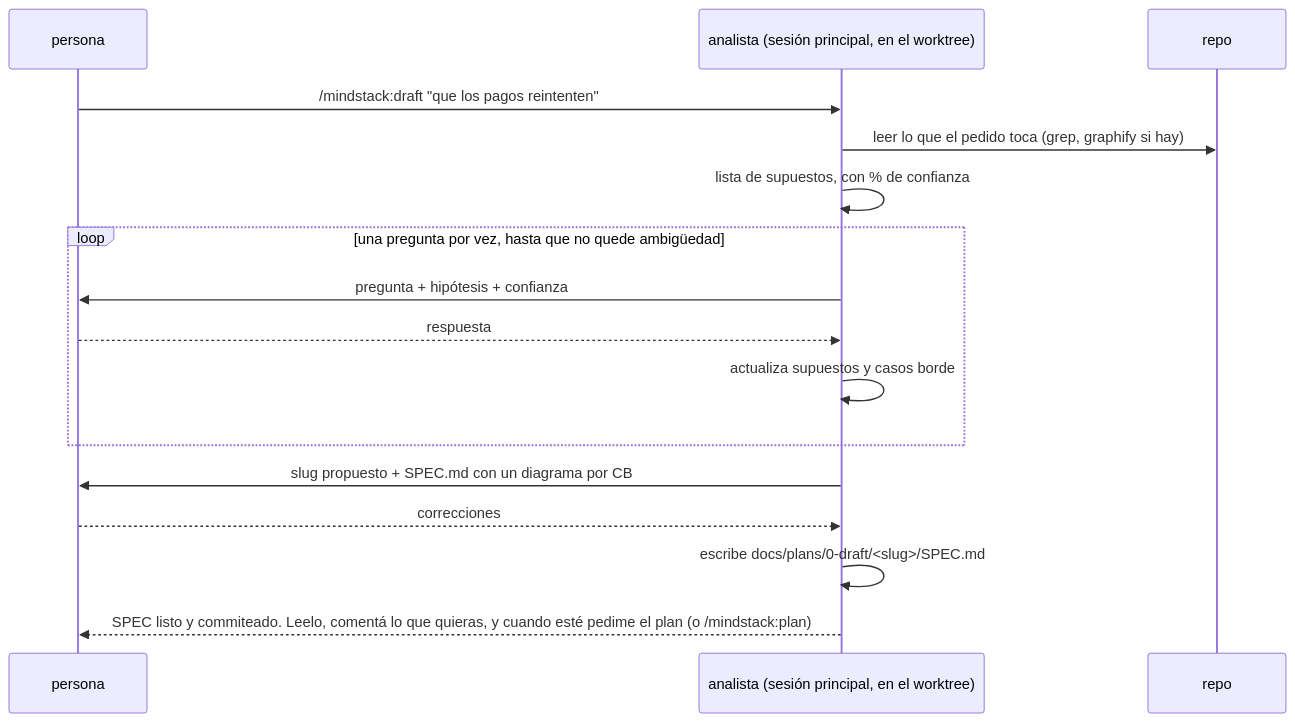
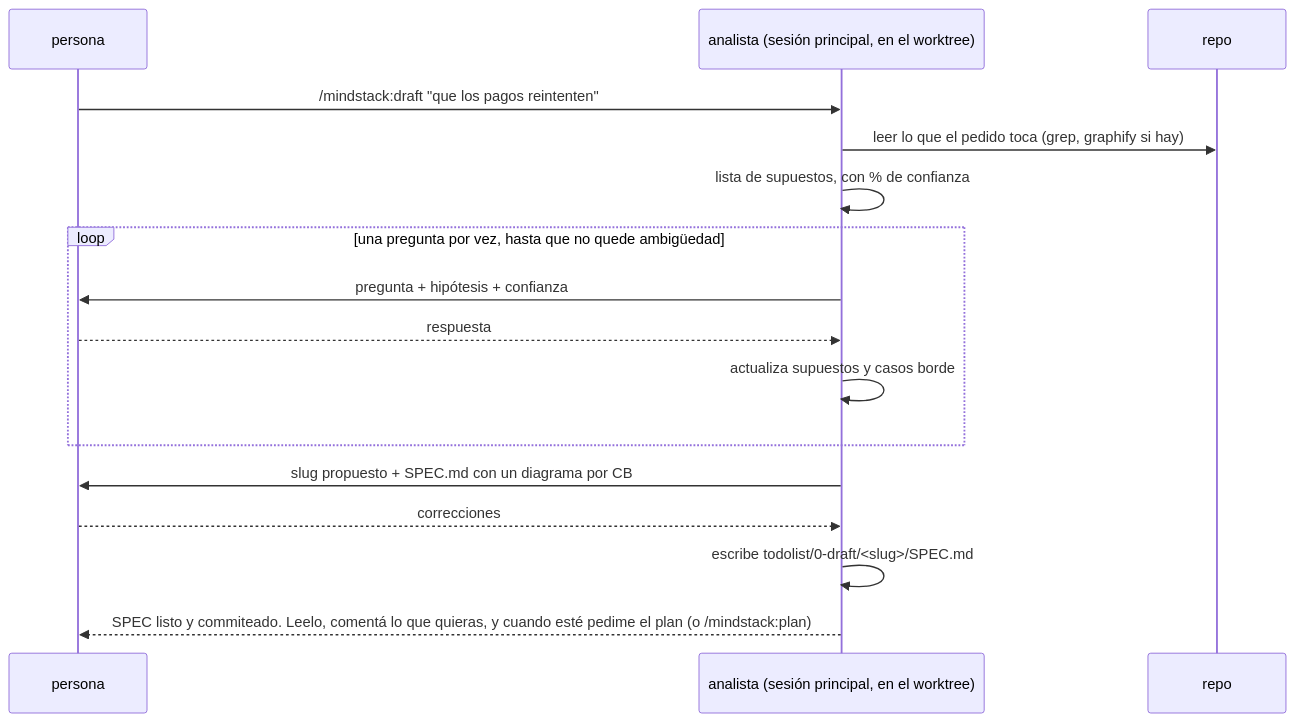
One commit to octavio-parozlabs/mindstack changed the first of 2 diagrams in skills/workflow/references/analyze.md. Above: the diagram before and after it, drawn with Mermaid. The commit also changed other lines of this file and 39 other files, not shown here.

````diff
--- a/skills/workflow/references/analyze.md
+++ b/skills/workflow/references/analyze.md
@@ -5,18 +5,18 @@
 ```mermaid
 sequenceDiagram
     participant P as persona
     participant A as analista (sesión principal, en el worktree)
     participant R as repo
     P->>A: /mindstack:draft "que los pagos reintenten"
     A->>R: leer lo que el pedido toca (grep, graphify si hay)
     A->>A: lista de supuestos, con % de confianza
     loop una pregunta por vez, hasta que no quede ambigüedad
         A->>P: pregunta + hipótesis + confianza
         P-->>A: respuesta
         A->>A: actualiza supuestos y casos borde
     end
     A->>P: slug propuesto + SPEC.md con un diagrama por CB
     P-->>A: correcciones
-    A->>A: escribe docs/plans/0-draft/<slug>/SPEC.md
+    A->>A: escribe todolist/0-draft/<slug>/SPEC.md
     A-->>P: SPEC listo y commiteado. Leelo, comentá lo que quieras, y cuando esté pedime el plan (o /mindstack:plan)
 ```
````
